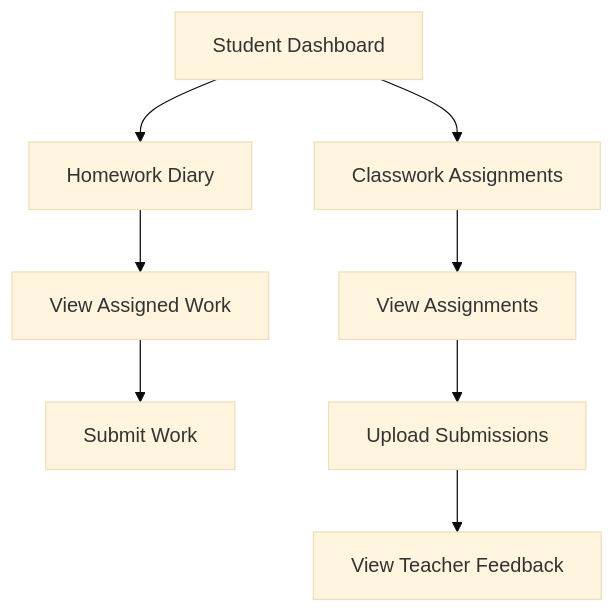
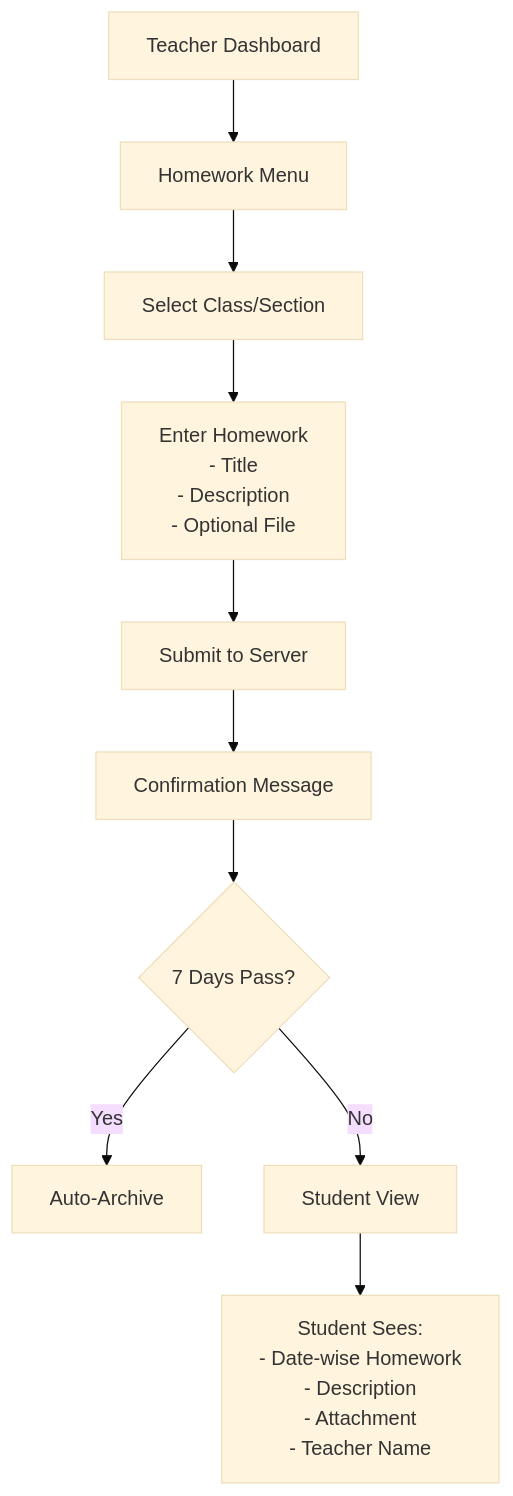
The third of 5 diagrams in README.md (kainatsghar/CityzensApp), drawn with Mermaid (base theme) before and after one commit. The commit also changed other lines of this file and 36 other files, not shown here.

````diff
--- a/README.md
+++ b/README.md
@@ -45,10 +709,12 @@
 ```mermaid
-flowchart TD
-    A[Student Dashboard] --> B[Homework Diary]
-    A --> C[Classwork Assignments]
-    B --> D[View Assigned Work]
-    D --> E[Submit Work]
-    C --> F[View Assignments]
-    F --> G[Upload Submissions]
-    G --> H[View Teacher Feedback]
+graph TD
+    A[Teacher Dashboard] --> B[Homework Menu]
+    B --> C[Select Class/Section]
+    C --> D["Enter Homework<br/>- Title<br/>- Description<br/>- Optional File"]
+    D --> E[Submit to Server]
+    E --> F[Confirmation Message]
+    F --> G{7 Days Pass?}
+    G -->|Yes| H[Auto-Archive]
+    G -->|No| I[Student View]
+    I --> J["Student Sees:<br/>- Date-wise Homework<br/>- Description<br/>- Attachment<br/>- Teacher Name"]
 ```
````
